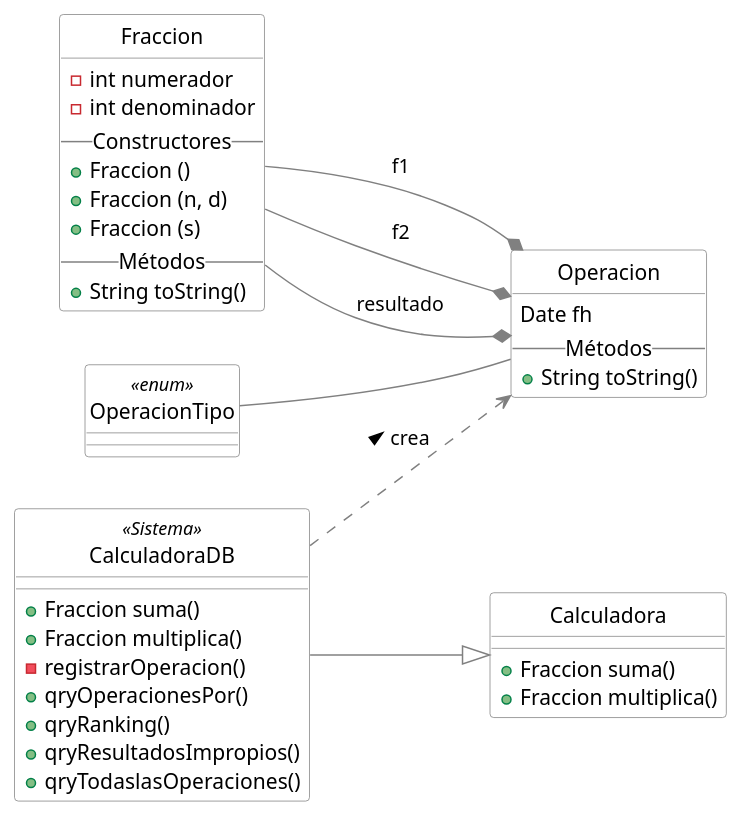
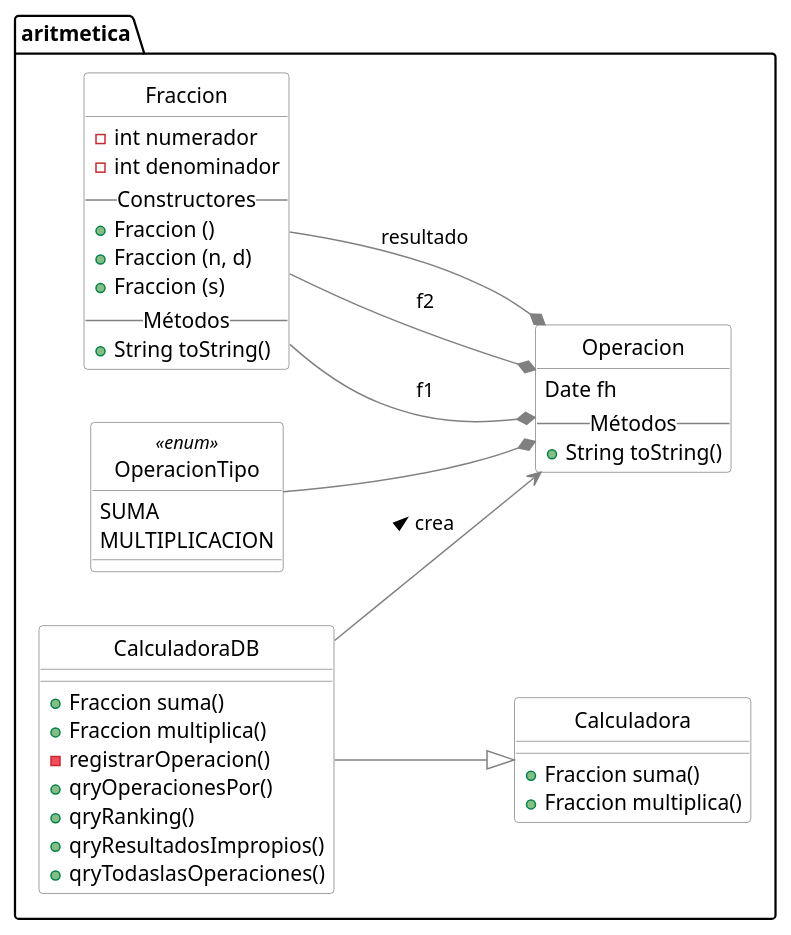
Before and after one commit to srlopez/RUP: the second of 5 diagrams in ejemplos/fraccion_completo.md, drawn with PlantUML. The commit also changed other lines of this file, not shown here.

````diff
--- a/ejemplos/fraccion_completo.md
+++ b/ejemplos/fraccion_completo.md
@@ -137,52 +136,58 @@
 ```plantuml
 @startuml
 left to right direction
+'bottom to top direction
 skinparam class {
   skinparam monochrome true
   skinparam shadowing false
   BackgroundColor White
   BorderColor Gray
   ' FontName Consolas
   ArrowColor Gray
 }
 scale 1
 hide circle
+package aritmetica {
 
-class Fraccion {
-  -int numerador
-  -int denominador
--- Constructores --
-  + Fraccion ()
-  + Fraccion (n, d)
-  + Fraccion (s)
--- Métodos --
-  +String toString()
-}
-class Operacion {
- Date fh
--- Métodos --
-  +String toString()
-}
-class OperacionTipo<<enum>> {}
+  class Fraccion {
+    -int numerador
+    -int denominador
+  -- Constructores --
+    + Fraccion ()
+    + Fraccion (n, d)
+    + Fraccion (s)
+  -- Métodos --
+    +String toString()
+  }
+  class Operacion {
+  Date fh
+  -- Métodos --
+    +String toString()
+  }
+  class OperacionTipo<<enum>> {
+    SUMA
+    MULTIPLICACION
+  }
 
-class Calculadora {
-  +Fraccion suma()
-  +Fraccion multiplica()
-}
-class CalculadoraDB<<Sistema>> {
-  +Fraccion suma()
-  +Fraccion multiplica()
-  -registrarOperacion()
-  +qryOperacionesPor()
-  +qryRanking() 
-  +qryResultadosImpropios()
-  +qryTodaslasOperaciones()
+  class Calculadora {
+    +Fraccion suma()
+    +Fraccion multiplica()
+  }
+  class CalculadoraDB{
+    +Fraccion suma()
+    +Fraccion multiplica()
+    -registrarOperacion()
+    +qryOperacionesPor()
+    +qryRanking() 
+    +qryResultadosImpropios()
+    +qryTodaslasOperaciones()
+  }
 }
 CalculadoraDB --|> Calculadora
 Fraccion --* Operacion: f1
 Fraccion --* Operacion: f2
 Fraccion --* Operacion: resultado
-OperacionTipo -- Operacion
-CalculadoraDB ..> Operacion: crea >
+OperacionTipo --* Operacion
+CalculadoraDB --> Operacion: crea >
 @enduml
 ```
````
